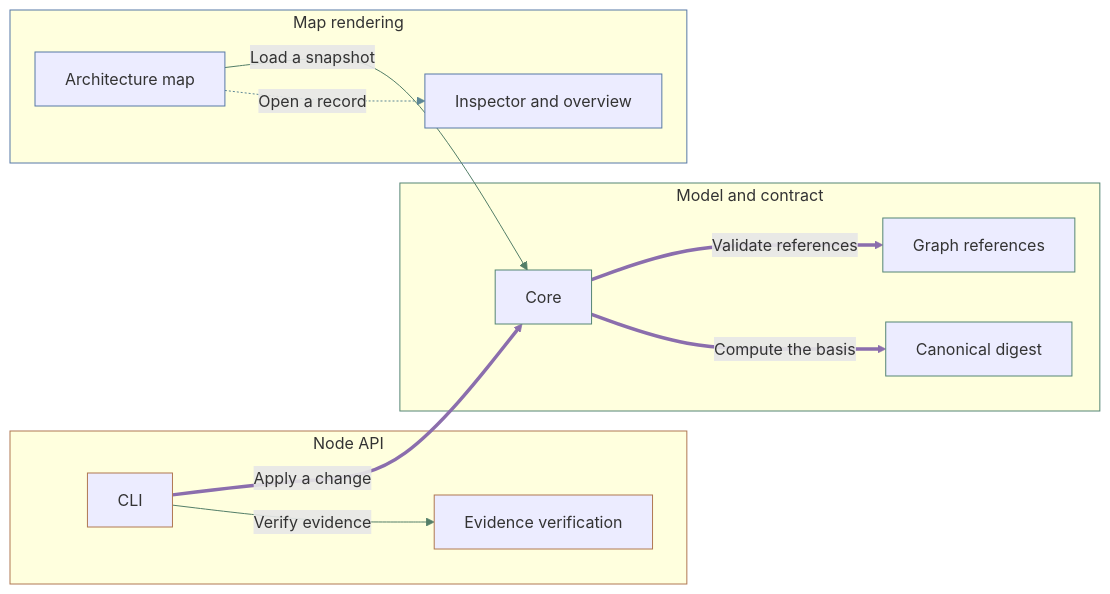
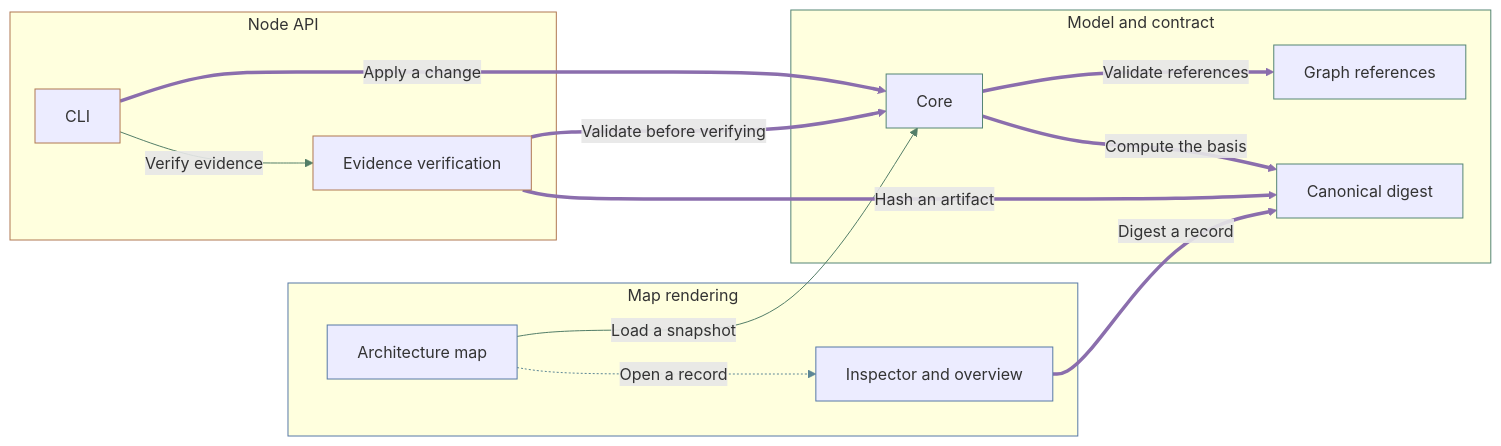
The diagram in README.md (umnick02/archivarius), drawn with Mermaid before and after one commit. The commit also changed other lines of this file and 23 other files, not shown here.

````diff
--- a/README.md
+++ b/README.md
@@ -71,31 +71,34 @@
 ```mermaid
 flowchart LR
     subgraph c-model["Model and contract"]
         c-core["Core"]:::pure
         c-graph["Graph references"]:::pure
         c-digest["Canonical digest"]:::pure
     end
     subgraph c-node-api["Node API"]
         c-cli["CLI"]:::infrastructure
         c-evidence["Evidence verification"]:::infrastructure
     end
     subgraph c-render["Map rendering"]
         c-map["Architecture map"]:::presentation
         c-inspector["Inspector and overview"]:::presentation
     end
     c-map -->|"Load a snapshot"| c-core
     c-core ==>|"Validate references"| c-graph
     c-core ==>|"Compute the basis"| c-digest
     c-map -.->|"Open a record"| c-inspector
     c-cli ==>|"Apply a change"| c-core
     c-cli -->|"Verify evidence"| c-evidence
+    c-evidence ==>|"Hash an artifact"| c-digest
+    c-inspector ==>|"Digest a record"| c-digest
+    c-evidence ==>|"Validate before verifying"| c-core
     style c-model stroke:#558574
     style c-node-api stroke:#b07852
     style c-render stroke:#5779a6
     linkStyle 0,5 stroke:#537e68
-    linkStyle 1,2,4 stroke:#8b6ead
+    linkStyle 1,2,4,6,7,8 stroke:#8b6ead
     linkStyle 3 stroke:#5d8796
     classDef pure stroke:#558574
     classDef infrastructure stroke:#b07852
     classDef presentation stroke:#5779a6
 ```
````
